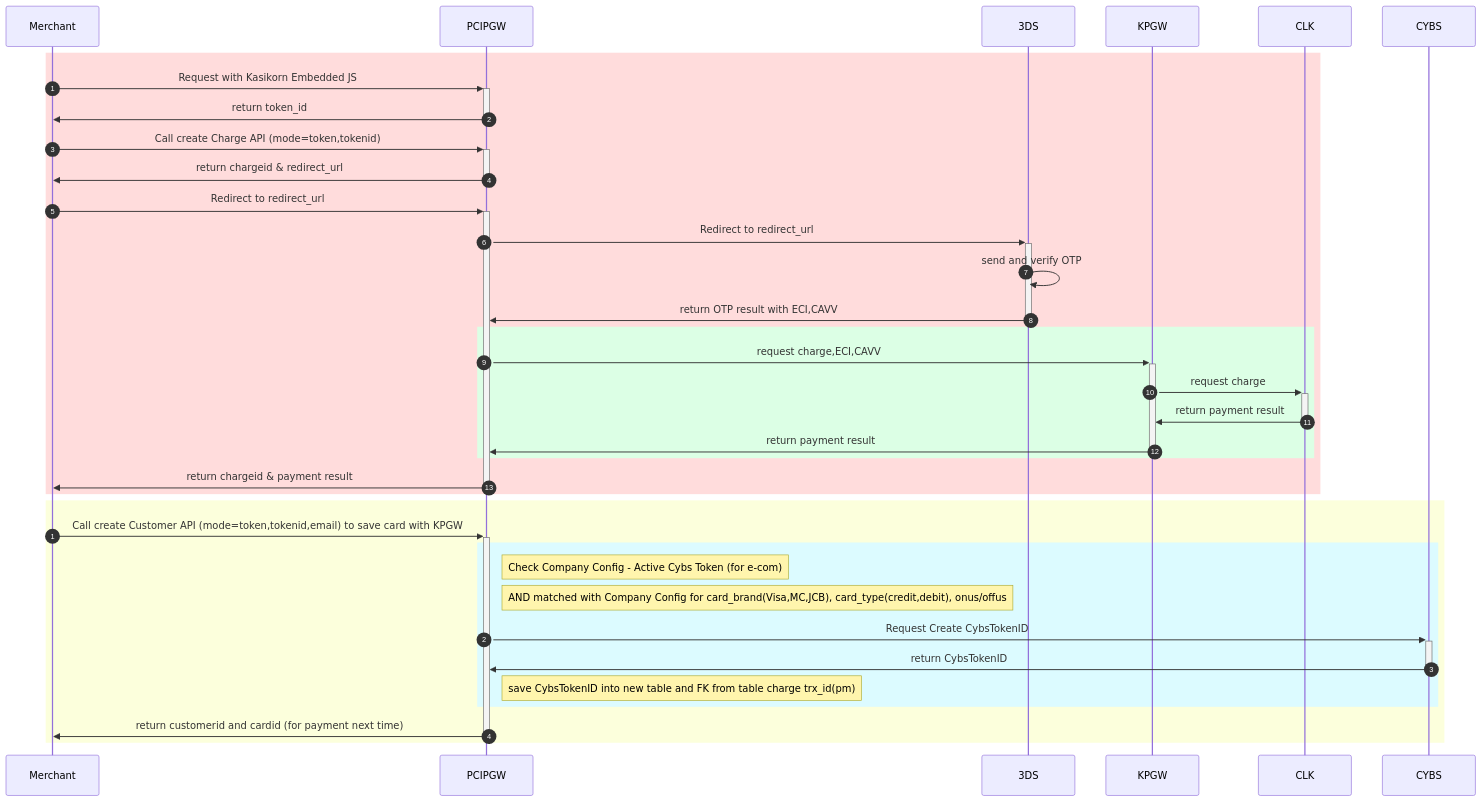
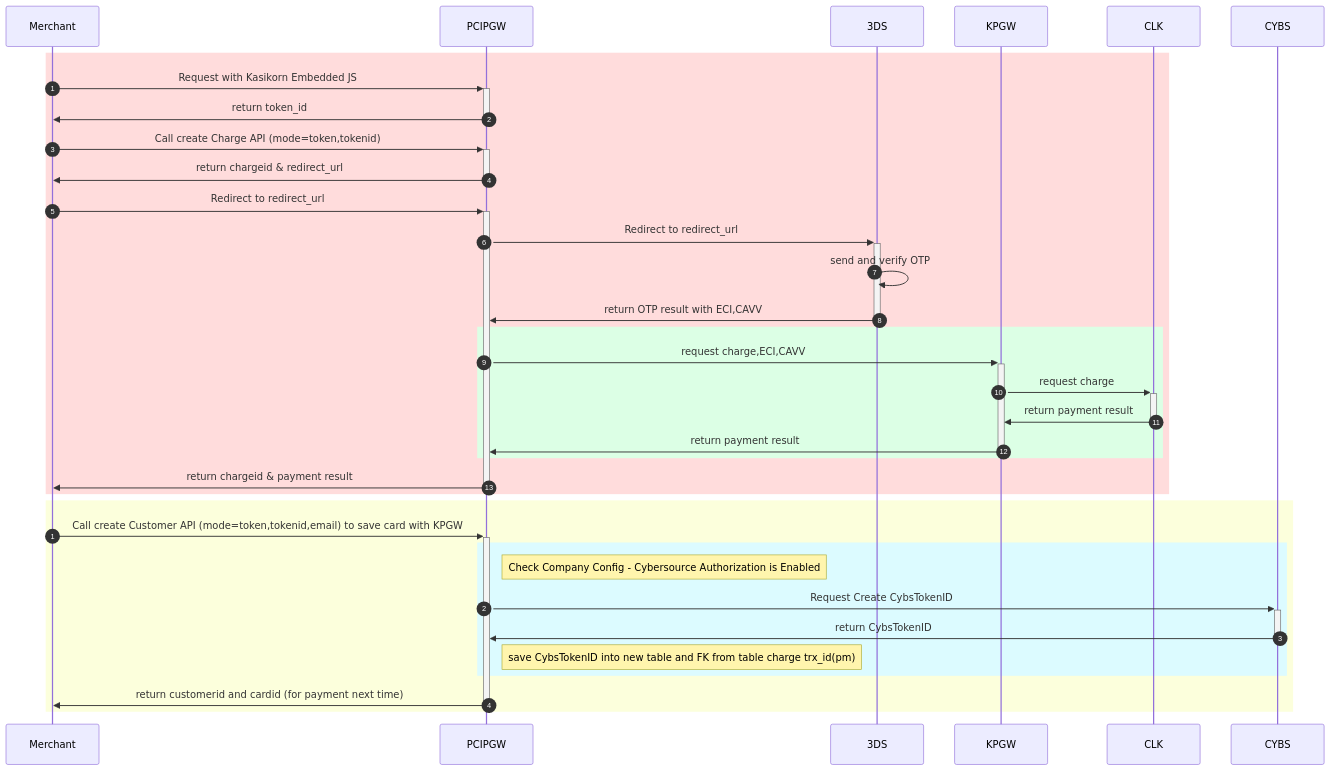
Before and after one commit to yuusuke25/MyNotes: the second of 9 diagrams in Cybs-Ph2-Flow-new1.md, drawn with Mermaid. The commit also changed other lines of this file, not shown here.

````diff
--- a/Cybs-Ph2-Flow-new1.md
+++ b/Cybs-Ph2-Flow-new1.md
@@ -37,38 +37,37 @@
 ```mermaid
     sequenceDiagram
         autonumber 1
         rect rgb(255, 220, 220)
             %% Customer->>Merchant:confirm to pay
             Merchant->>+PCIPGW:Request with Kasikorn Embedded JS
             PCIPGW->>-Merchant:return token_id
             Merchant->>+PCIPGW:Call create Charge API (mode=token,tokenid)
             PCIPGW->>-Merchant:return chargeid & redirect_url
 
             Merchant->>+PCIPGW:Redirect to redirect_url
             PCIPGW->>+3DS:Redirect to redirect_url
             3DS->>3DS:send and verify OTP
             3DS->>-PCIPGW:return OTP result with ECI,CAVV
 
             rect rgb(220, 255, 229)
                 PCIPGW->>+KPGW:request charge,ECI,CAVV
                 KPGW->>+CLK:request charge
                 CLK->>-KPGW:return payment result
                 KPGW->>-PCIPGW:return payment result
             end
             
             PCIPGW->>-Merchant:return chargeid & payment result
         end
         autonumber 1
         rect rgb(252, 255, 220)
             Merchant->>+PCIPGW:Call create Customer API (mode=token,tokenid,email) to save card with KPGW
               rect rgb(220, 251, 255)
-                  Note right of PCIPGW: Check Company Config - Active Cybs Token (for e-com)
-                  Note right of PCIPGW: AND matched with Company Config for card_brand(Visa,MC,JCB), card_type(credit,debit), onus/offus
+                  Note right of PCIPGW: Check Company Config - Cybersource Authorization is Enabled
                   PCIPGW->>+CYBS:Request Create CybsTokenID
                   CYBS->>-PCIPGW:return CybsTokenID
                   Note right of PCIPGW: save CybsTokenID into new table and FK from table charge trx_id(pm)
               end
             PCIPGW->>-Merchant:return customerid and cardid (for payment next time)
         end
 
 ```
````
